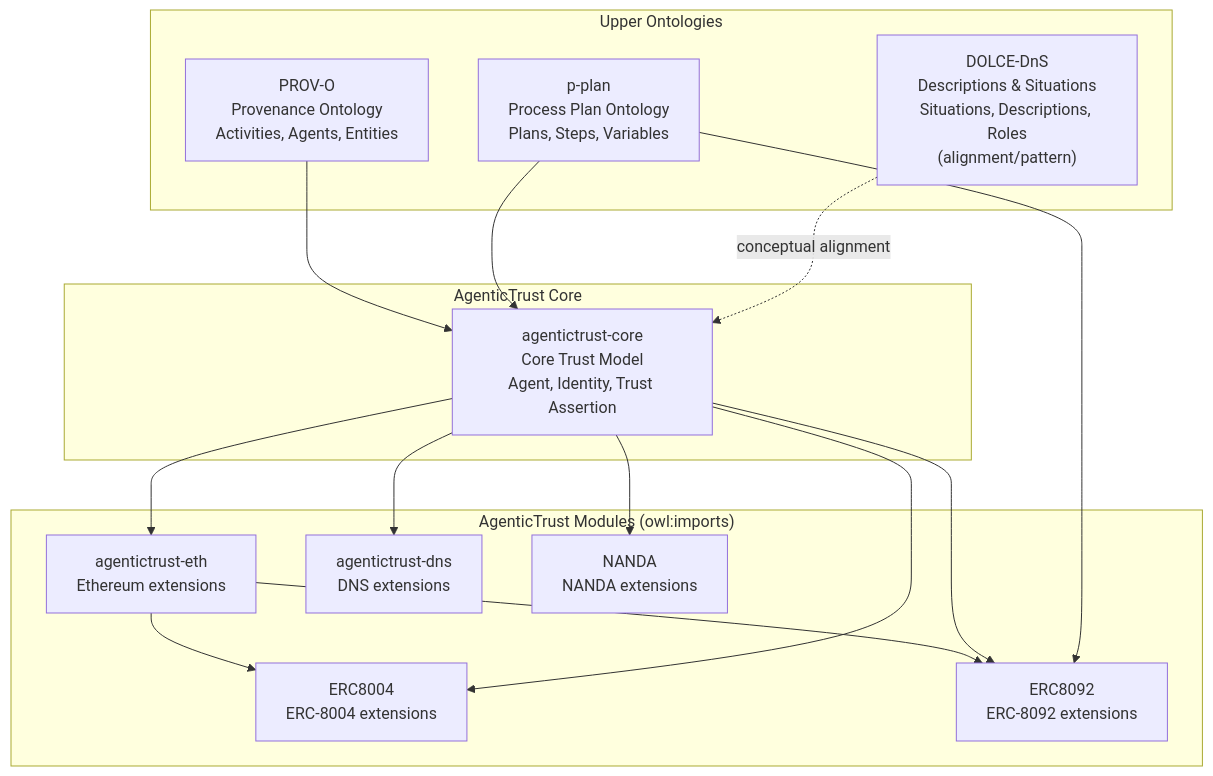
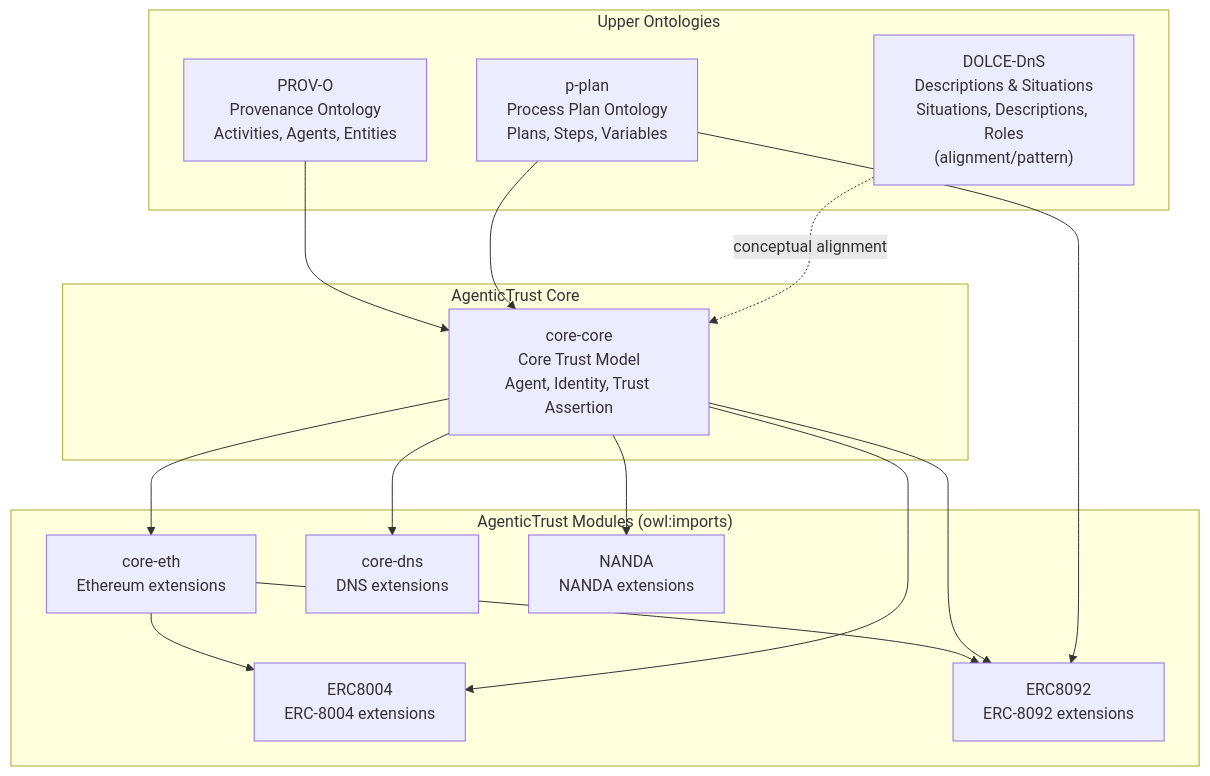
The diagram in docs/ontology/README.md (Agentic-Trust-Layer/agent-explorer), drawn with Mermaid before and after one commit. The commit also changed other lines of this file and 49 other files, not shown here.

````diff
--- a/docs/ontology/README.md
+++ b/docs/ontology/README.md
@@ -112,34 +112,34 @@
 ```mermaid
 graph TB
     subgraph "Upper Ontologies"
         PROV["PROV-O<br/>Provenance Ontology<br/>Activities, Agents, Entities"]
         PPLAN["p-plan<br/>Process Plan Ontology<br/>Plans, Steps, Variables"]
         DOLCE["DOLCE-DnS<br/>Descriptions & Situations<br/>Situations, Descriptions, Roles<br/>(alignment/pattern)"]
     end
     
     subgraph "AgenticTrust Core"
-        CORE["agentictrust-core<br/>Core Trust Model<br/>Agent, Identity, Trust Assertion"]
+        CORE["core-core<br/>Core Trust Model<br/>Agent, Identity, Trust Assertion"]
     end
     
     subgraph "AgenticTrust Modules (owl:imports)"
-        ETH["agentictrust-eth<br/>Ethereum extensions"]
-        DNS["agentictrust-dns<br/>DNS extensions"]
+        ETH["core-eth<br/>Ethereum extensions"]
+        DNS["core-dns<br/>DNS extensions"]
         NANDA["NANDA<br/>NANDA extensions"]
         ERC8004["ERC8004<br/>ERC-8004 extensions"]
         ERC8092["ERC8092<br/>ERC-8092 extensions"]
     end
     
     PROV --> CORE
     PPLAN --> CORE
     DOLCE -. "conceptual alignment" .-> CORE
 
     CORE --> ETH
     CORE --> DNS
     CORE --> NANDA
 
     ETH --> ERC8004
     ETH --> ERC8092
     CORE --> ERC8004
     CORE --> ERC8092
     PPLAN --> ERC8092
 ```
````
